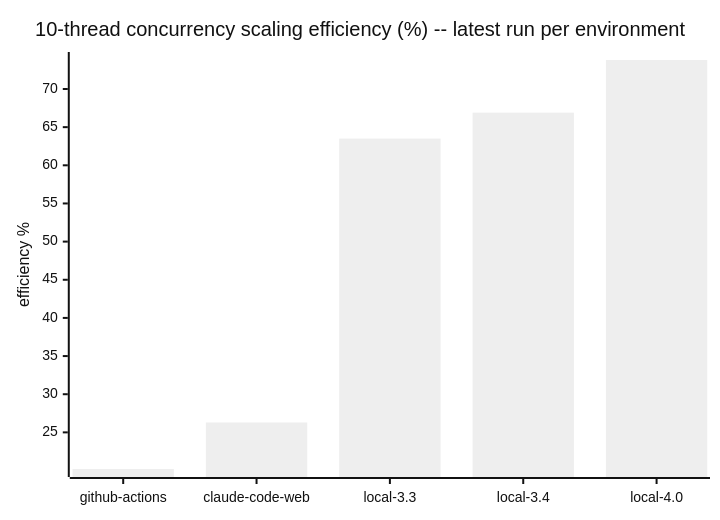
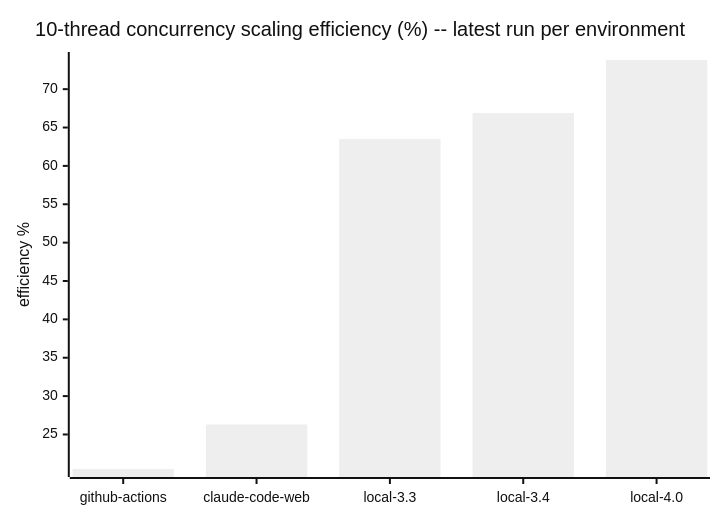
Before and after one commit to cpb/duckling: the seventh of 7 diagrams in docs/benchmarks/README.md, drawn with Mermaid (neutral theme). The commit also changed other lines of this file and 1 other file, not shown here.

````diff
--- a/docs/benchmarks/README.md
+++ b/docs/benchmarks/README.md
@@ -223,7 +223,7 @@
 ```mermaid
 xychart-beta
     title "10-thread concurrency scaling efficiency (%) -- latest run per environment"
     x-axis [github-actions, claude-code-web, local-3.3, local-3.4, local-4.0]
     y-axis "efficiency %"
-    bar "efficiency_pct" [20.2, 26.3, 63.5, 66.9, 73.8]
+    bar "efficiency_pct" [20.5, 26.3, 63.5, 66.9, 73.8]
 ```
````
